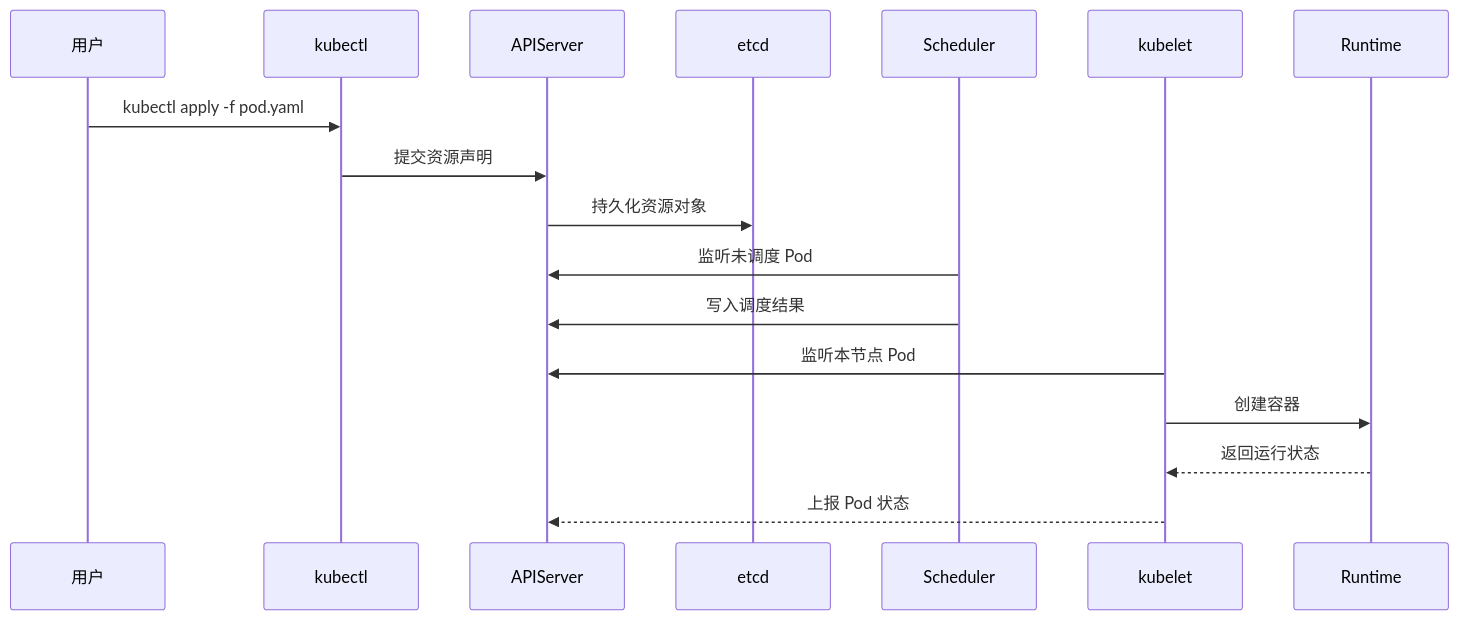
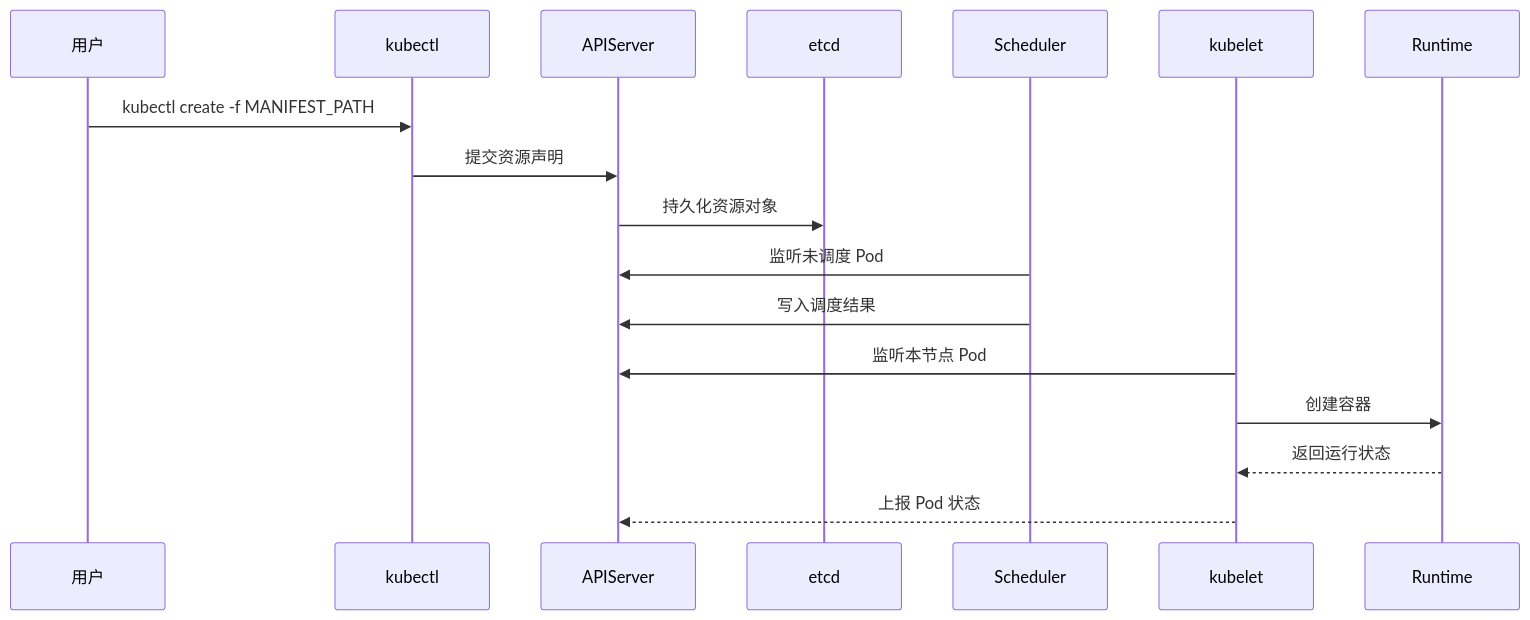
Before and after one commit to yleoer/k8s-learn: the second of 2 diagrams in docs/07-资源操作/1-资源操作记录.md, drawn with Mermaid. The commit also changed other lines of this file and 50 other files, not shown here.

````diff
--- a/docs/07-资源操作/1-资源操作记录.md
+++ b/docs/07-资源操作/1-资源操作记录.md
@@ -42,20 +42,20 @@
 ```mermaid
 sequenceDiagram
   participant U as 用户
   participant K as kubectl
   participant A as APIServer
   participant E as etcd
   participant S as Scheduler
   participant L as kubelet
   participant R as Runtime
 
-  U->>K: kubectl apply -f pod.yaml
+  U->>K: kubectl create -f MANIFEST_PATH
   K->>A: 提交资源声明
   A->>E: 持久化资源对象
   S->>A: 监听未调度 Pod
   S->>A: 写入调度结果
   L->>A: 监听本节点 Pod
   L->>R: 创建容器
   R-->>L: 返回运行状态
   L-->>A: 上报 Pod 状态
 ```
````
